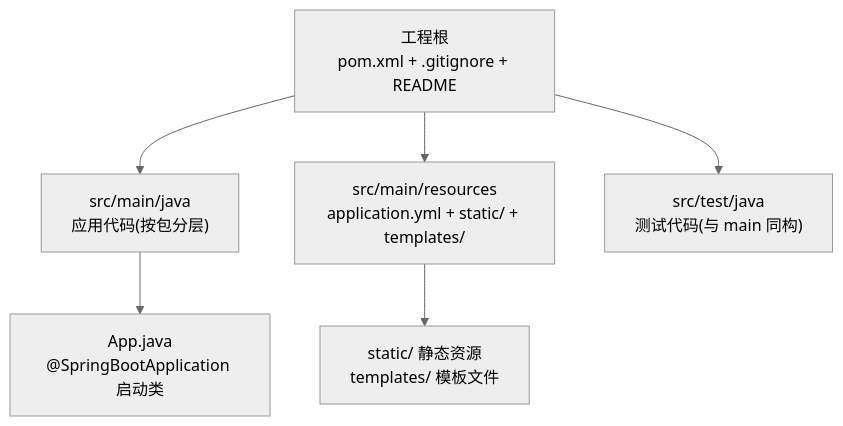
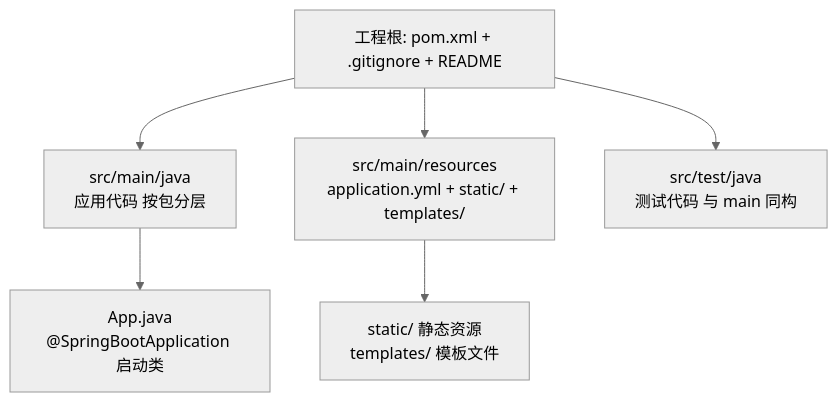
One commit to xiaobo1997/programmer-knowledge-graph changed the first of 2 diagrams in docs/backend/java/ecosystem/spring-boot/入门层/从零开始认识SpringBoot系列/2_第一个应用与工程结构-入门.md. Above: the diagram before and after it, drawn with Mermaid (neutral theme). The commit also changed other lines of this file and 126 other files, not shown here.

````diff
--- a/docs/backend/java/ecosystem/spring-boot/入门层/从零开始认识SpringBoot系列/2_第一个应用与工程结构-入门.md
+++ b/docs/backend/java/ecosystem/spring-boot/入门层/从零开始认识SpringBoot系列/2_第一个应用与工程结构-入门.md
@@ -24,9 +28,8 @@
 ```mermaid
 flowchart TB
-    P["工程根<br/>pom.xml + .gitignore + README"] --> M["src/main/java<br/>应用代码(按包分层)"]
+    P["工程根: pom.xml + .gitignore + README"] --> M["src/main/java<br/>应用代码 按包分层"]
     P --> R["src/main/resources<br/>application.yml + static/ + templates/"]
-    P --> T["src/test/java<br/>测试代码(与 main 同构)"]
+    P --> T["src/test/java<br/>测试代码 与 main 同构"]
     M --> E["App.java<br/>@SpringBootApplication 启动类"]
     R --> C["static/ 静态资源<br/>templates/ 模板文件"]
-
 ```
````
